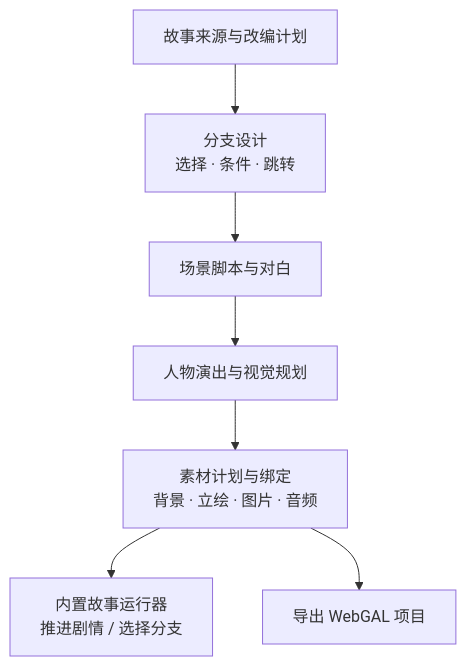
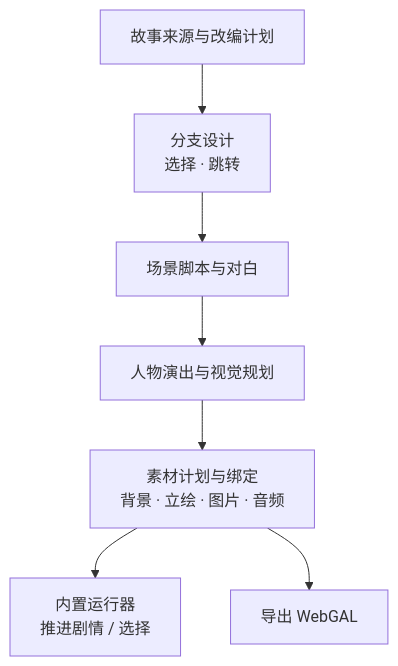
The ninth of 18 diagrams in README.md (GTJasonMK/A4N), drawn with Mermaid before and after one commit. The commit also changed other lines of this file and 2 other files, not shown here.

First line of the commit message:
docs: fix README diagram flows and mobile readability

````diff
--- a/README.md
+++ b/README.md
@@ -159,11 +166,11 @@
 ```mermaid
 flowchart TB
   accTitle: 互动故事的脚本、分支、素材与发布流程
   accDescr: 故事改编后设计分支，生成对白和演出配置，绑定素材，再在内置运行器中体验或导出 WebGAL。
-  source["故事来源与改编计划"] --> branches["分支设计<br/>选择 · 条件 · 跳转"]
+  source["故事来源与改编计划"] --> branches["分支设计<br/>选择 · 跳转"]
   branches --> script["场景脚本与对白"]
   script --> staging["人物演出与视觉规划"]
   staging --> assets["素材计划与绑定<br/>背景 · 立绘 · 图片 · 音频"]
-  assets --> play["内置故事运行器<br/>推进剧情 / 选择分支"]
-  assets --> export["导出 WebGAL 项目"]
+  assets --> play["内置运行器<br/>推进剧情 / 选择"]
+  assets --> export["导出 WebGAL"]
 ```
````
